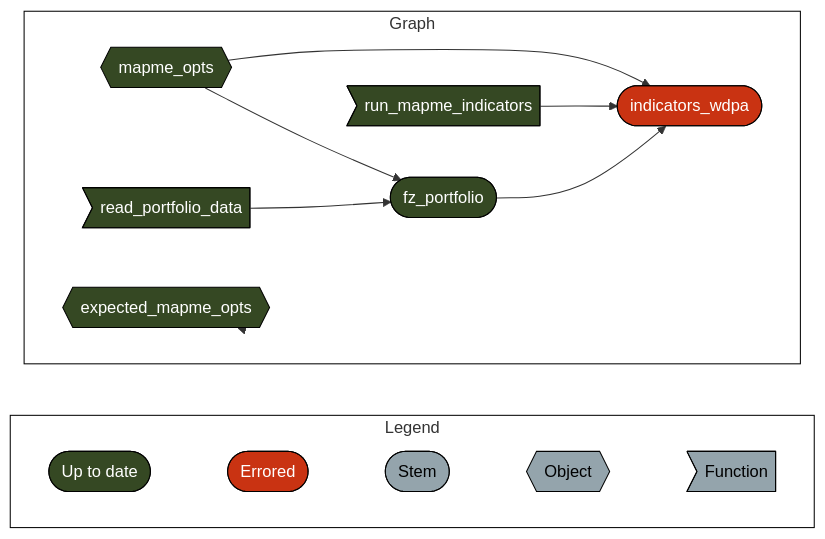
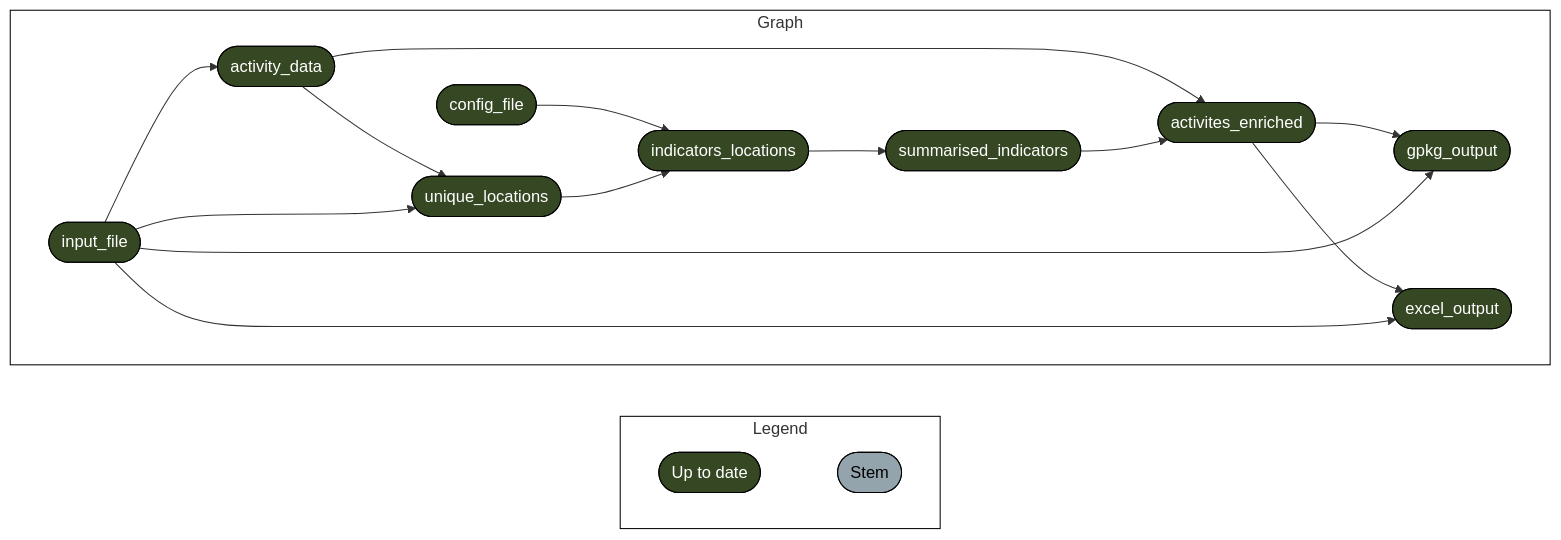
Before and after one commit to mapme-initiative/oda-portfolio: the diagram in README.md, drawn with Mermaid. The commit also changed 4 other files, not shown here.

````diff
--- a/README.md
+++ b/README.md
@@ -19,29 +19,27 @@
 ``` mermaid
 graph LR
   style Legend fill:#FFFFFF00,stroke:#000000;
   style Graph fill:#FFFFFF00,stroke:#000000;
   subgraph Legend
     direction LR
-    xf1522833a4d242c5([""Up to date""]):::uptodate --- xb3df25f36846e314([""Errored""]):::errored
-    xb3df25f36846e314([""Errored""]):::errored --- xd03d7c7dd2ddda2b([""Stem""]):::none
-    xd03d7c7dd2ddda2b([""Stem""]):::none --- xbecb13963f49e50b{{""Object""}}:::none
-    xbecb13963f49e50b{{""Object""}}:::none --- xeb2d7cac8a1ce544>""Function""]:::none
+    xf1522833a4d242c5([""Up to date""]):::uptodate --- xd03d7c7dd2ddda2b([""Stem""]):::none
   end
   subgraph Graph
     direction LR
-    xdab47f56eb6391e1(["fz_portfolio"]):::uptodate --> x9618f2e9856d1918(["indicators_wdpa"]):::errored
-    x04d189518bd5d6b0{{"mapme_opts"}}:::uptodate --> x9618f2e9856d1918(["indicators_wdpa"]):::errored
-    x976d8a71b32c2f2b>"run_mapme_indicators"]:::uptodate --> x9618f2e9856d1918(["indicators_wdpa"]):::errored
-    x04d189518bd5d6b0{{"mapme_opts"}}:::uptodate --> xdab47f56eb6391e1(["fz_portfolio"]):::uptodate
-    xa103919beeeaa1d5>"read_portfolio_data"]:::uptodate --> xdab47f56eb6391e1(["fz_portfolio"]):::uptodate
-    x016a9b304ce9de80{{"expected_mapme_opts"}}:::uptodate --> x016a9b304ce9de80{{"expected_mapme_opts"}}:::uptodate
+    x31d8d3daa8f8e034(["activites_enriched"]):::uptodate --> x87ba475ce69b80a8(["gpkg_output"]):::uptodate
+    x721addc77afbcf42(["input_file"]):::uptodate --> x87ba475ce69b80a8(["gpkg_output"]):::uptodate
+    x721addc77afbcf42(["input_file"]):::uptodate --> x9be9fe4c25e464e0(["activity_data"]):::uptodate
+    xd80c6efdd95a74a4(["indicators_locations"]):::uptodate --> x1ba9c4ef45365262(["summarised_indicators"]):::uptodate
+    x9be9fe4c25e464e0(["activity_data"]):::uptodate --> x901ac07110e697ee(["unique_locations"]):::uptodate
+    x721addc77afbcf42(["input_file"]):::uptodate --> x901ac07110e697ee(["unique_locations"]):::uptodate
+    x9be9fe4c25e464e0(["activity_data"]):::uptodate --> x31d8d3daa8f8e034(["activites_enriched"]):::uptodate
+    x1ba9c4ef45365262(["summarised_indicators"]):::uptodate --> x31d8d3daa8f8e034(["activites_enriched"]):::uptodate
+    x31d8d3daa8f8e034(["activites_enriched"]):::uptodate --> x79629de1855e879d(["excel_output"]):::uptodate
+    x721addc77afbcf42(["input_file"]):::uptodate --> x79629de1855e879d(["excel_output"]):::uptodate
+    x9909b451a6a56060(["config_file"]):::uptodate --> xd80c6efdd95a74a4(["indicators_locations"]):::uptodate
+    x901ac07110e697ee(["unique_locations"]):::uptodate --> xd80c6efdd95a74a4(["indicators_locations"]):::uptodate
   end
   classDef uptodate stroke:#000000,color:#ffffff,fill:#354823;
-  classDef errored stroke:#000000,color:#ffffff,fill:#C93312;
   classDef none stroke:#000000,color:#000000,fill:#94a4ac;
   linkStyle 0 stroke-width:0px;
-  linkStyle 1 stroke-width:0px;
-  linkStyle 2 stroke-width:0px;
-  linkStyle 3 stroke-width:0px;
-  linkStyle 9 stroke-width:0px;
 ```
````
